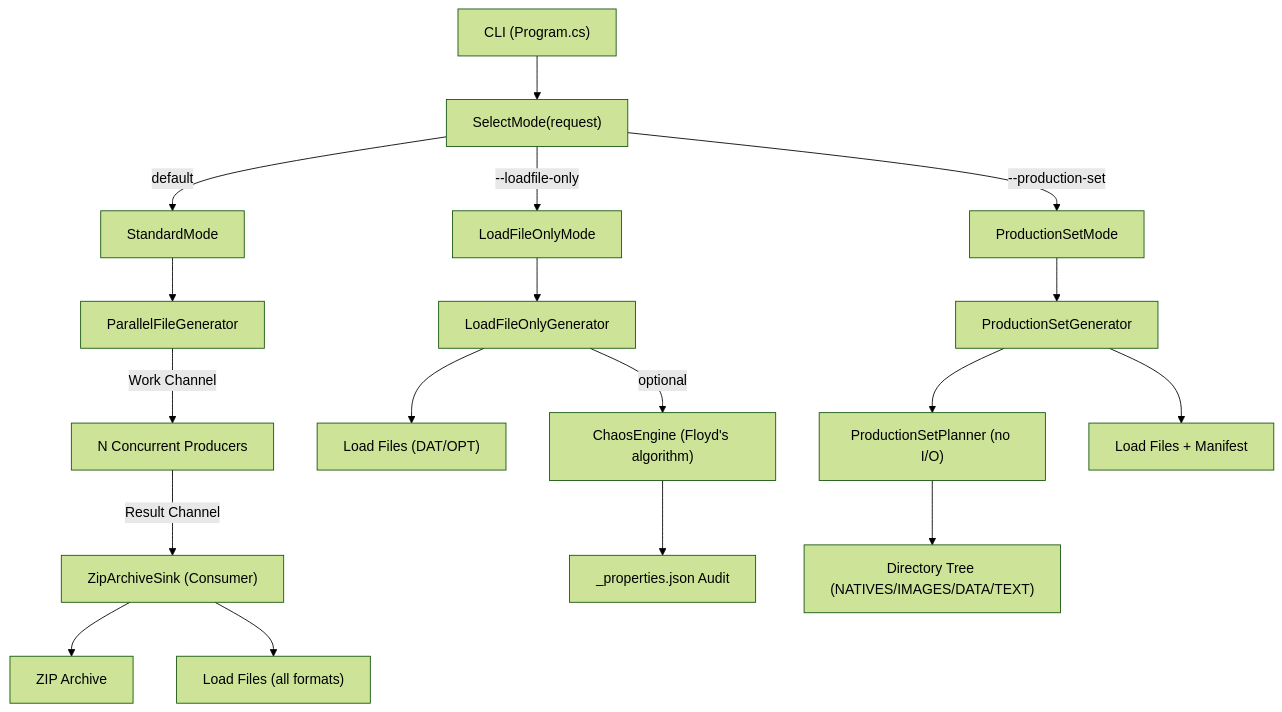
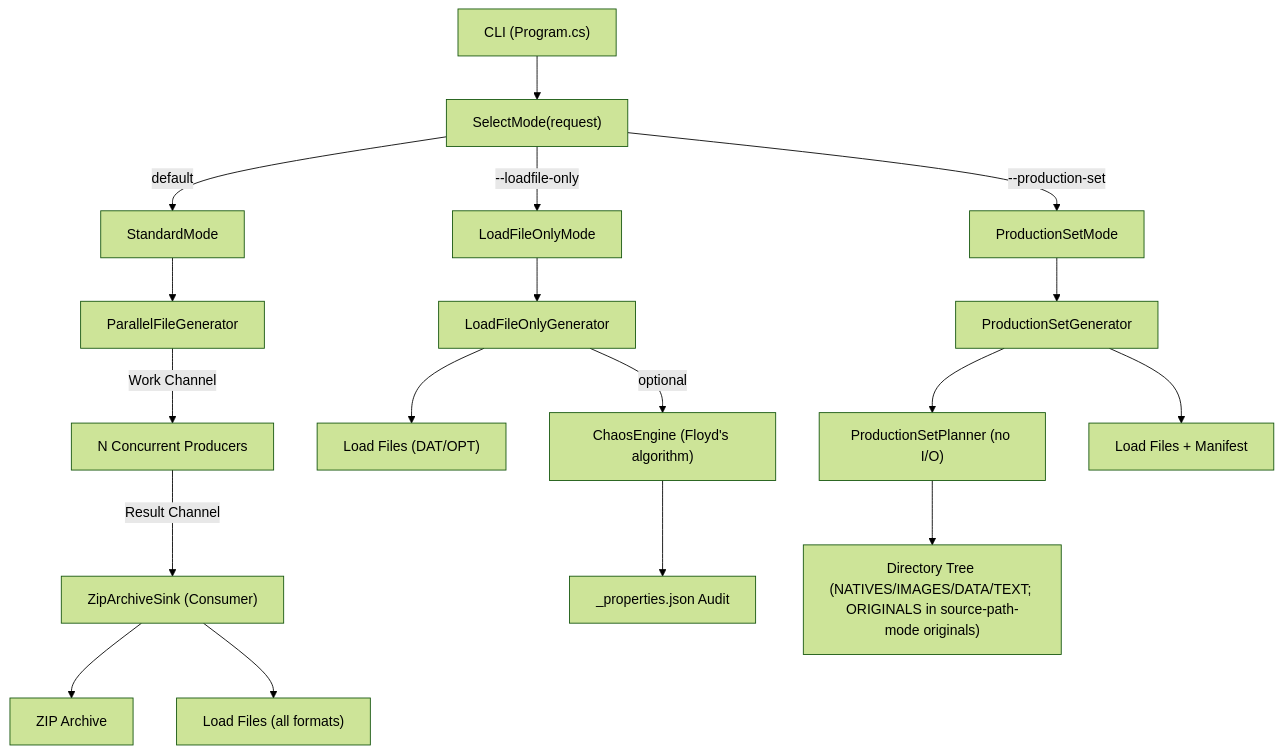
One commit to dwojtaszek/zipper changed the first of 3 diagrams in docs/architecture.md. Above: the diagram before and after it, drawn with Mermaid (forest theme). The commit also changed 23 other files, not shown here.

````diff
--- a/docs/architecture.md
+++ b/docs/architecture.md
@@ -40,24 +40,24 @@
 ```mermaid
 graph TD
     CLI["CLI (Program.cs)"]
     CLI --> SelectMode["SelectMode(request)"]
     SelectMode -->|"default"| StandardMode["StandardMode"]
     SelectMode -->|"--loadfile-only"| LoadFileOnlyMode["LoadFileOnlyMode"]
     SelectMode -->|"--production-set"| ProductionSetMode["ProductionSetMode"]
 
     StandardMode --> PFG["ParallelFileGenerator"]
     PFG -->|"Work Channel"| Producers["N Concurrent Producers"]
     Producers -->|"Result Channel"| ZAS["ZipArchiveSink (Consumer)"]
     ZAS --> ZIP["ZIP Archive"]
     ZAS --> LF1["Load Files (all formats)"]
 
     LoadFileOnlyMode --> LOG["LoadFileOnlyGenerator"]
     LOG --> LF2["Load Files (DAT/OPT)"]
     LOG -->|"optional"| Chaos["ChaosEngine (Floyd's algorithm)"]
     Chaos --> Audit["_properties.json Audit"]
 
     ProductionSetMode --> PSG["ProductionSetGenerator"]
     PSG --> PSP["ProductionSetPlanner (no I/O)"]
-    PSP --> Tree["Directory Tree (NATIVES/IMAGES/DATA/TEXT)"]
+    PSP --> Tree["Directory Tree (NATIVES/IMAGES/DATA/TEXT; ORIGINALS in source-path-mode originals)"]
     PSG --> LF3["Load Files + Manifest"]
 ```
````
